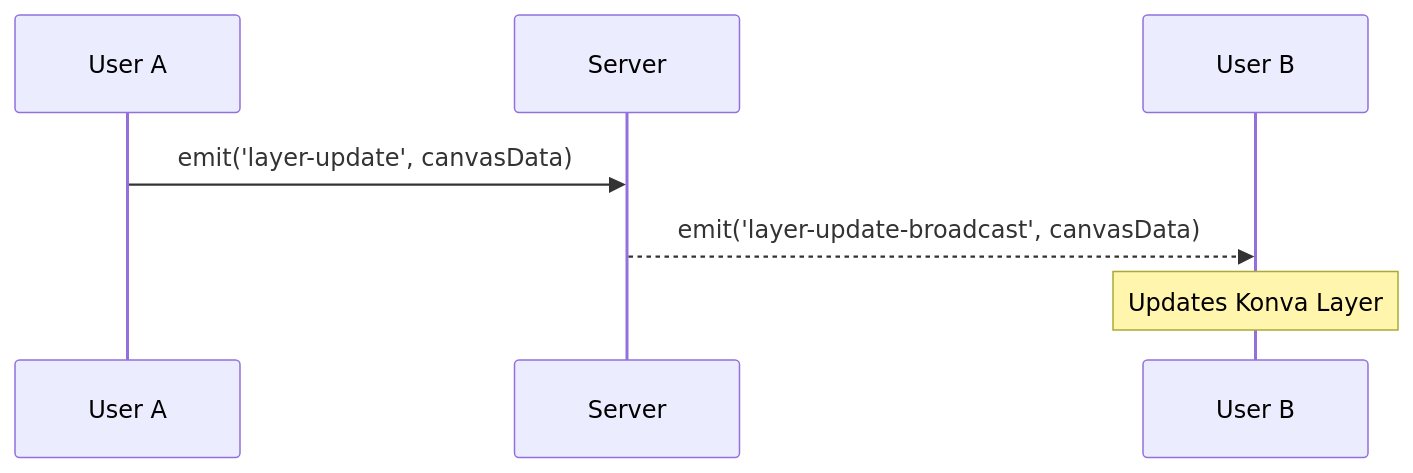
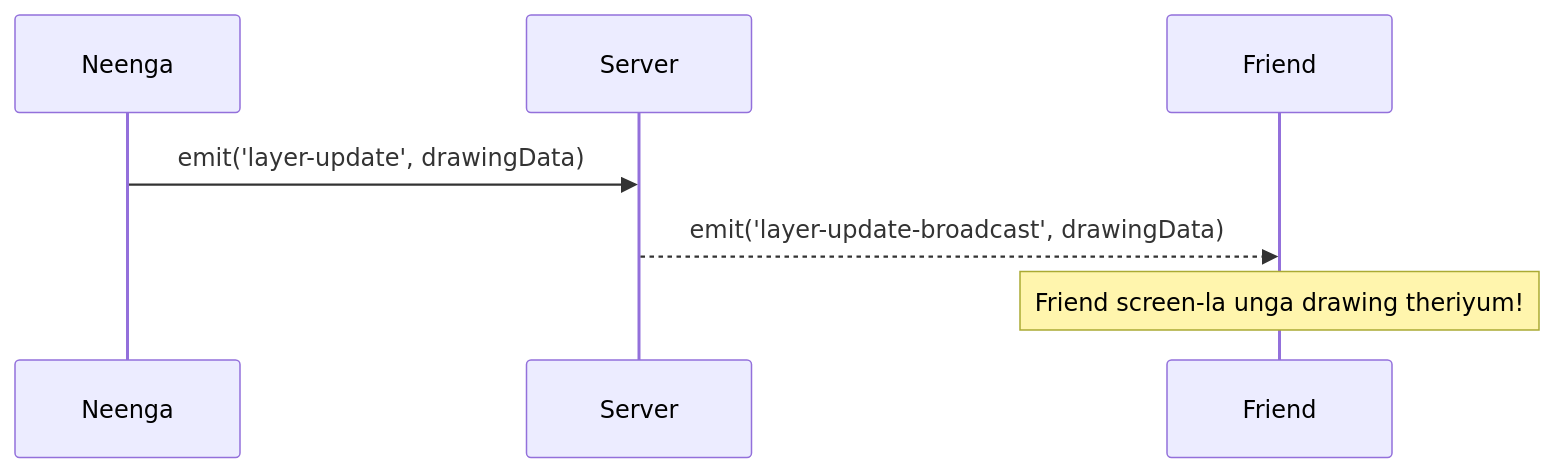
Before and after one commit to Nandhini303/tutorail_painter: the diagram in 03-realtime-collaboration.md, drawn with Mermaid. The commit also changed other lines of this file and 7 other files, not shown here.

Commit message:
docs: Rewrite all tutorials in Tanglish, add AI-generated mascot and UI images, and step-by-step interactive flow

````diff
--- a/03-realtime-collaboration.md
+++ b/03-realtime-collaboration.md
@@ -45,10 +23,10 @@
 ```mermaid
 sequenceDiagram
-    participant User A
+    participant Neenga
     participant Server
-    participant User B
+    participant Friend
     
-    User A->>Server: emit('layer-update', canvasData)
-    Server-->>User B: emit('layer-update-broadcast', canvasData)
-    Note over User B: Updates Konva Layer
+    Neenga->>Server: emit('layer-update', drawingData)
+    Server-->>Friend: emit('layer-update-broadcast', drawingData)
+    Note over Friend: Friend screen-la unga drawing theriyum!
 ```
````
